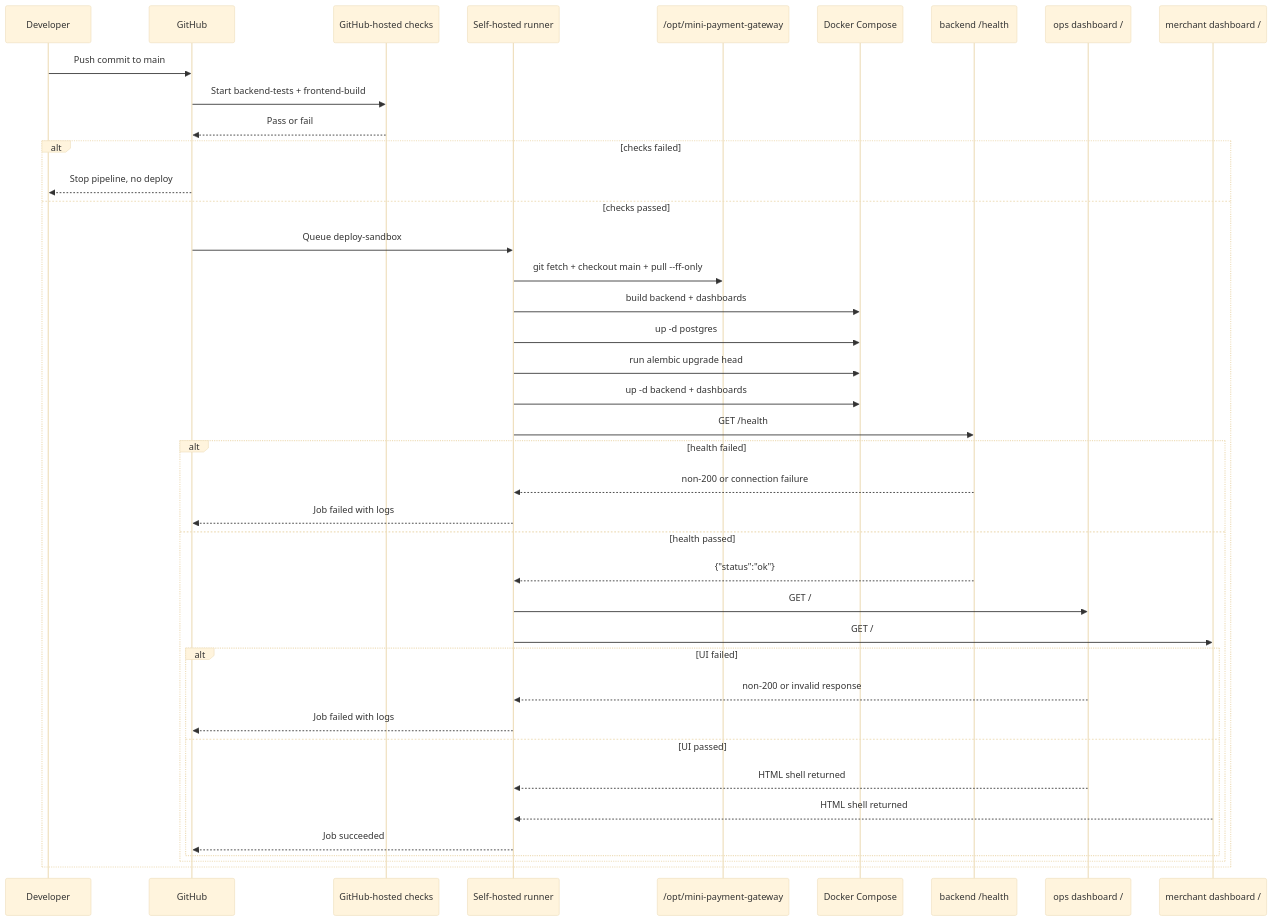
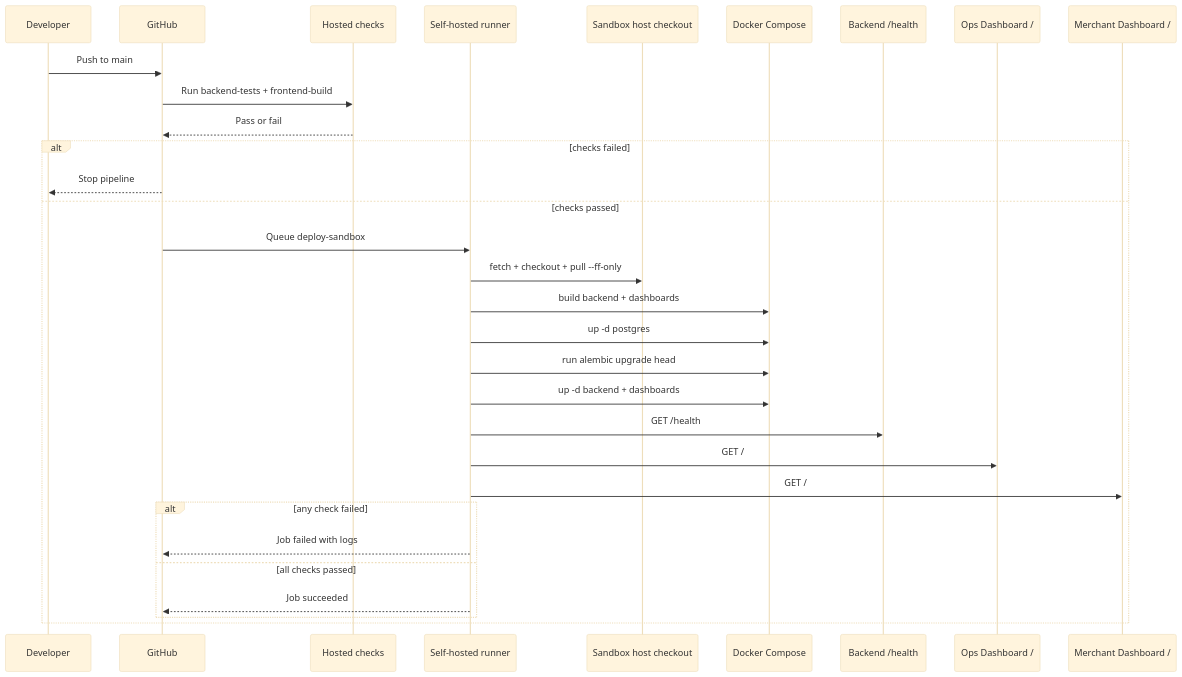
One commit to biabeogo147/mini-payment-gateway changed the second of 2 diagrams in docs/infrastructure/devops-architecture.md. Above: the diagram before and after it, drawn with Mermaid (base theme). The commit also changed other lines of this file and 6 other files, not shown here.

Commit message:
update docs + deploy merchant dashboard

````diff
--- a/docs/infrastructure/devops-architecture.md
+++ b/docs/infrastructure/devops-architecture.md
@@ -180,43 +130,34 @@
 ```mermaid
 sequenceDiagram
     participant Dev as Developer
     participant GH as GitHub
-    participant CI as GitHub-hosted checks
-    participant SR as Self-hosted runner
-    participant Repo as /opt/mini-payment-gateway
+    participant Checks as Hosted checks
+    participant Runner as Self-hosted runner
+    participant Host as Sandbox host checkout
     participant DC as Docker Compose
-    participant API as backend /health
-    participant OpsUI as ops dashboard /
-    participant MerchantUI as merchant dashboard /
+    participant API as Backend /health
+    participant OpsUI as Ops Dashboard /
+    participant MerchantUI as Merchant Dashboard /
 
-    Dev->>GH: Push commit to main
-    GH->>CI: Start backend-tests + frontend-build
-    CI-->>GH: Pass or fail
+    Dev->>GH: Push to main
+    GH->>Checks: Run backend-tests + frontend-build
+    Checks-->>GH: Pass or fail
     alt checks failed
-        GH-->>Dev: Stop pipeline, no deploy
+        GH-->>Dev: Stop pipeline
     else checks passed
-        GH->>SR: Queue deploy-sandbox
-        SR->>Repo: git fetch + checkout main + pull --ff-only
-        SR->>DC: build backend + dashboards
-        SR->>DC: up -d postgres
-        SR->>DC: run alembic upgrade head
-        SR->>DC: up -d backend + dashboards
-        SR->>API: GET /health
-        alt health failed
-            API-->>SR: non-200 or connection failure
-            SR-->>GH: Job failed with logs
-        else health passed
-            API-->>SR: {"status":"ok"}
-            SR->>OpsUI: GET /
-            SR->>MerchantUI: GET /
-            alt UI failed
-                OpsUI-->>SR: non-200 or invalid response
-                SR-->>GH: Job failed with logs
-            else UI passed
-                OpsUI-->>SR: HTML shell returned
-                MerchantUI-->>SR: HTML shell returned
-                SR-->>GH: Job succeeded
-            end
+        GH->>Runner: Queue deploy-sandbox
+        Runner->>Host: fetch + checkout + pull --ff-only
+        Runner->>DC: build backend + dashboards
+        Runner->>DC: up -d postgres
+        Runner->>DC: run alembic upgrade head
+        Runner->>DC: up -d backend + dashboards
+        Runner->>API: GET /health
+        Runner->>OpsUI: GET /
+        Runner->>MerchantUI: GET /
+        alt any check failed
+            Runner-->>GH: Job failed with logs
+        else all checks passed
+            Runner-->>GH: Job succeeded
         end
     end
 ```
````
